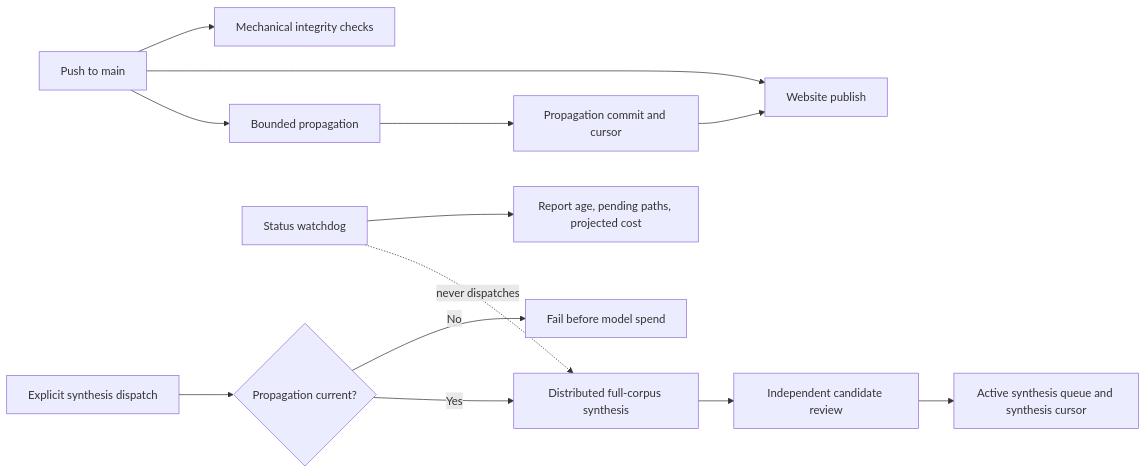
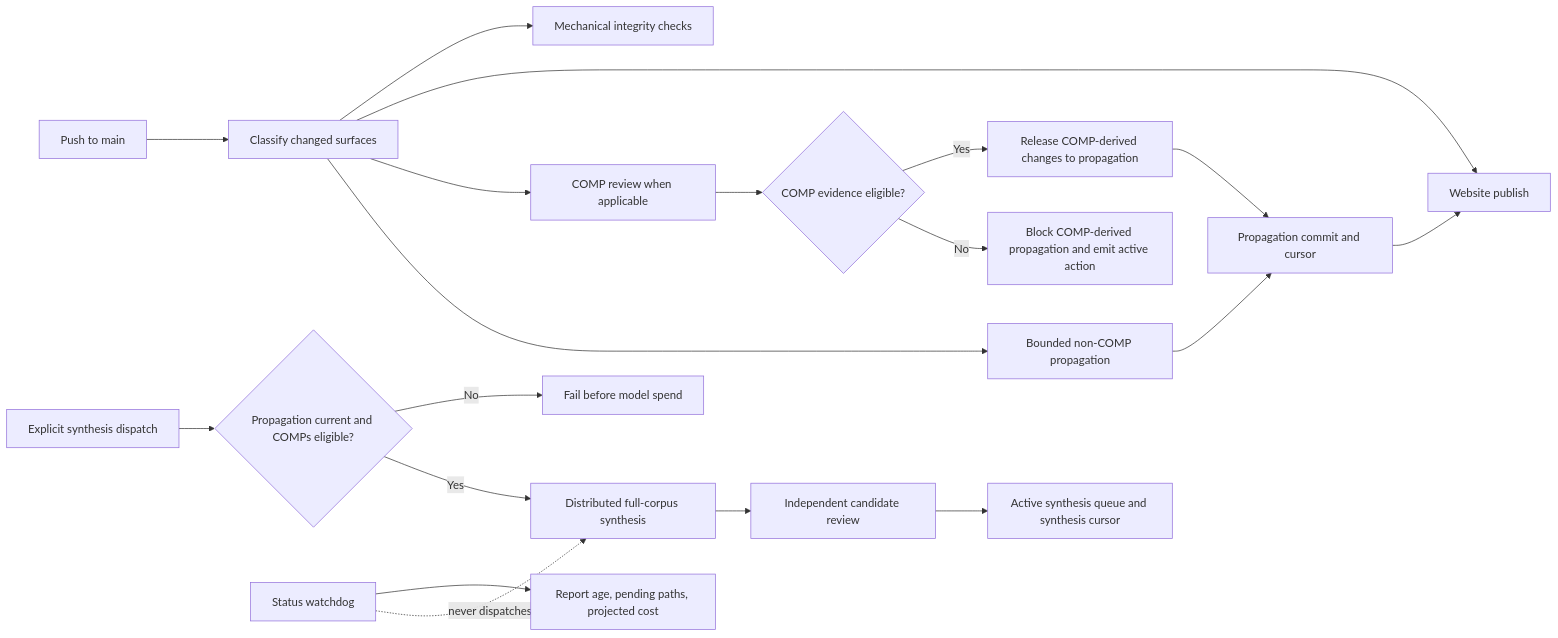
The diagram in operations/specs/2026-07-16-mission-aligned-knowledge-system-redesign.md (brianpabent/open-enzyme), drawn with Mermaid before and after one commit. The commit also changed other lines of this file, not shown here.

Commit message:
spec: integrate push COMP reviews into knowledge flow

````diff
--- a/operations/specs/2026-07-16-mission-aligned-knowledge-system-redesign.md
+++ b/operations/specs/2026-07-16-mission-aligned-knowledge-system-redesign.md
@@ -155,17 +178,23 @@
 ```mermaid
 flowchart LR
-    P[Push to main] --> I[Mechanical integrity checks]
-    P --> W[Website publish]
-    P --> G[Bounded propagation]
+    P[Push to main] --> C[Classify changed surfaces]
+    C --> I[Mechanical integrity checks]
+    C --> W[Website publish]
+    C --> CR[COMP review when applicable]
+    C --> G[Bounded non-COMP propagation]
+    CR --> E{COMP evidence eligible?}
+    E -->|Yes| CG[Release COMP-derived changes to propagation]
+    E -->|No| B[Block COMP-derived propagation and emit active action]
     G --> PC[Propagation commit and cursor]
+    CG --> PC
     PC --> W
 
-    M[Explicit synthesis dispatch] --> Q{Propagation current?}
+    M[Explicit synthesis dispatch] --> Q{Propagation current and COMPs eligible?}
     Q -->|No| X[Fail before model spend]
     Q -->|Yes| S[Distributed full-corpus synthesis]
     S --> R[Independent candidate review]
     R --> A[Active synthesis queue and synthesis cursor]
 
     D[Status watchdog] --> N[Report age, pending paths, projected cost]
     D -. never dispatches .-> S
 ```
````
